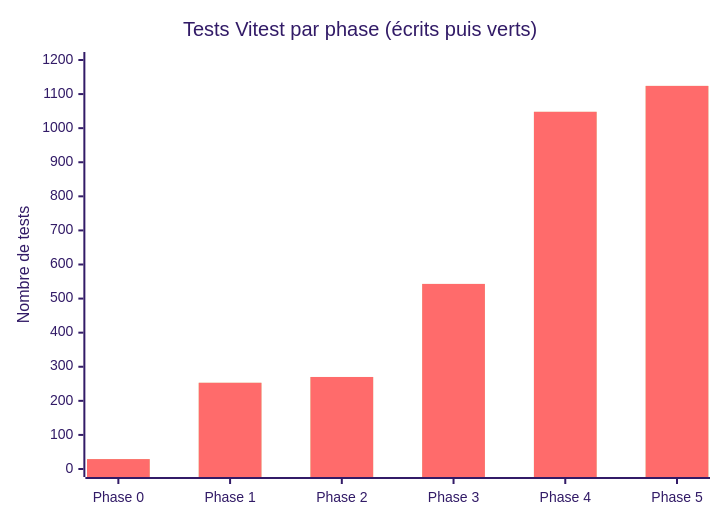
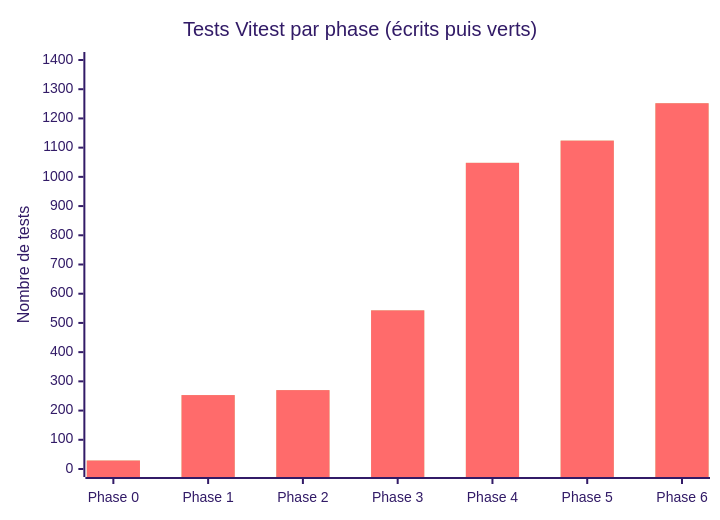
Before and after one commit to lyon32/lyonpanel: the fifth of 5 diagrams in docs/reports/TABLEAU-DE-BORD.md, drawn with Mermaid (forest theme). The commit also changed other lines of this file and 105 other files, not shown here.

````diff
--- a/docs/reports/TABLEAU-DE-BORD.md
+++ b/docs/reports/TABLEAU-DE-BORD.md
@@ -124,8 +127,8 @@
 ```mermaid
 xychart-beta
   title "Tests Vitest par phase (écrits puis verts)"
-  x-axis ["Phase 0", "Phase 1", "Phase 2", "Phase 3", "Phase 4", "Phase 5"]
-  y-axis "Nombre de tests" 0 --> 1200
-  bar [29, 253, 270, 543, 1048, 1124]
-  bar [29, 253, 270, 543, 1048, 1124]
+  x-axis ["Phase 0", "Phase 1", "Phase 2", "Phase 3", "Phase 4", "Phase 5", "Phase 6"]
+  y-axis "Nombre de tests" 0 --> 1400
+  bar [29, 253, 270, 543, 1048, 1124, 1252]
+  bar [29, 253, 270, 543, 1048, 1124, 1252]
 ```
````
